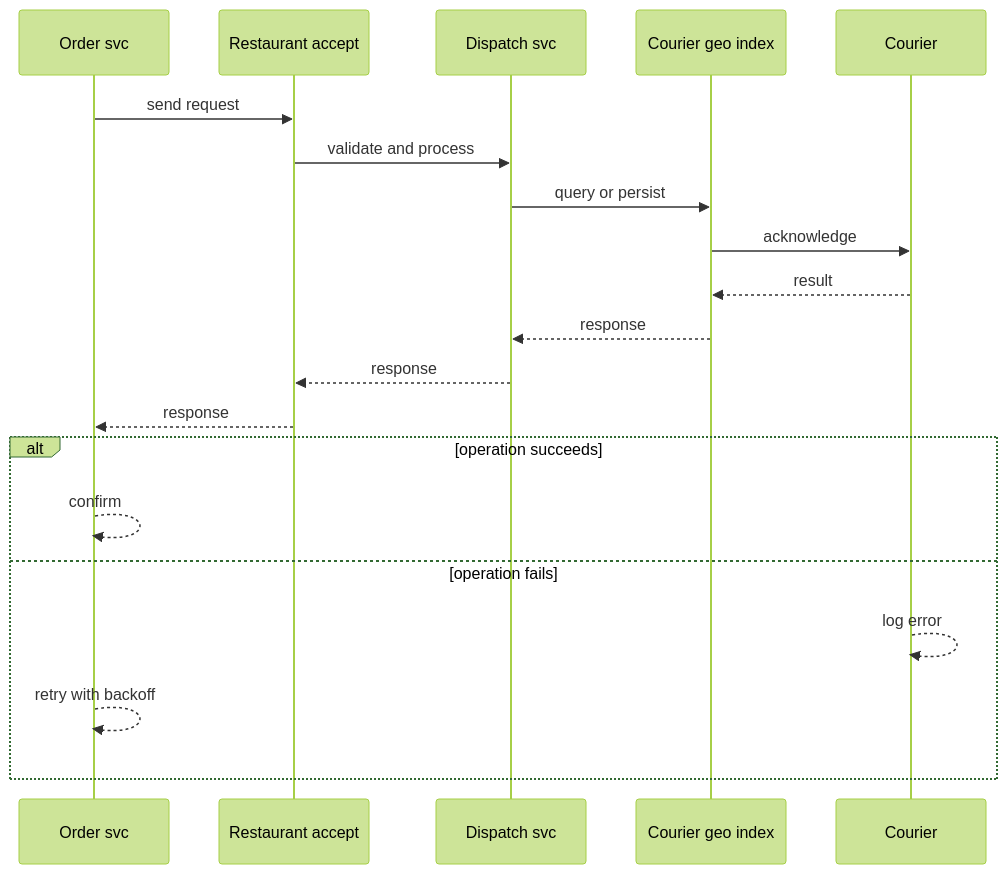
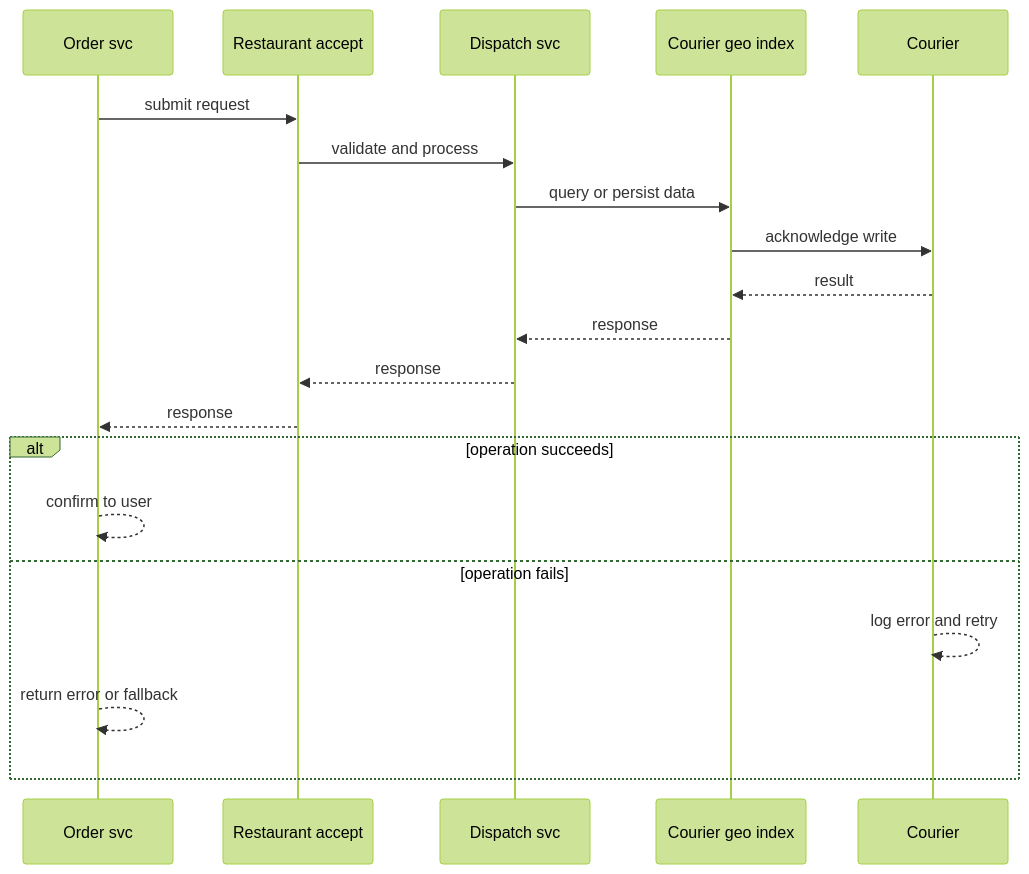
The second of 4 diagrams in case-studies/advanced/food-delivery.md (RIT-MESH/system-design-mastery), drawn with Mermaid (forest theme) before and after one commit. The commit also changed other lines of this file and 127 other files, not shown here.

First line of the commit message:
Improve all case study diagrams: case-specific sequences, fix truncated labels

````diff
--- a/case-studies/advanced/food-delivery.md
+++ b/case-studies/advanced/food-delivery.md
@@ -75,23 +75,23 @@
 ```mermaid
 %% created-for: system-design-mastery
 sequenceDiagram
-  participant C0 as Order svc
-  participant C1 as Restaurant accept
-  participant C2 as Dispatch svc
-  participant C3 as Courier geo index
-  participant C4 as Courier
-  C0 ->> C1: send request
-  C1 ->> C2: validate and process
-  C2 ->> C3: query or persist
-  C3 ->> C4: acknowledge
-  C4 -->> C3: result
-  C3 -->> C2: response
-  C2 -->> C1: response
-  C1 -->> C0: response
+  participant P0 as Order svc
+  participant P1 as Restaurant accept
+  participant P2 as Dispatch svc
+  participant P3 as Courier geo index
+  participant P4 as Courier
+  P0 ->> P1: submit request
+  P1 ->> P2: validate and process
+  P2 ->> P3: query or persist data
+  P3 ->> P4: acknowledge write
+  P4 -->> P3: result
+  P3 -->> P2: response
+  P2 -->> P1: response
+  P1 -->> P0: response
   alt operation succeeds
-    C0 -->> C0: confirm
+    P0 -->> P0: confirm to user
   else operation fails
-    C4 -->> C4: log error
-    C0 -->> C0: retry with backoff
+    P4 -->> P4: log error and retry
+    P0 -->> P0: return error or fallback
   end
 ```
````
